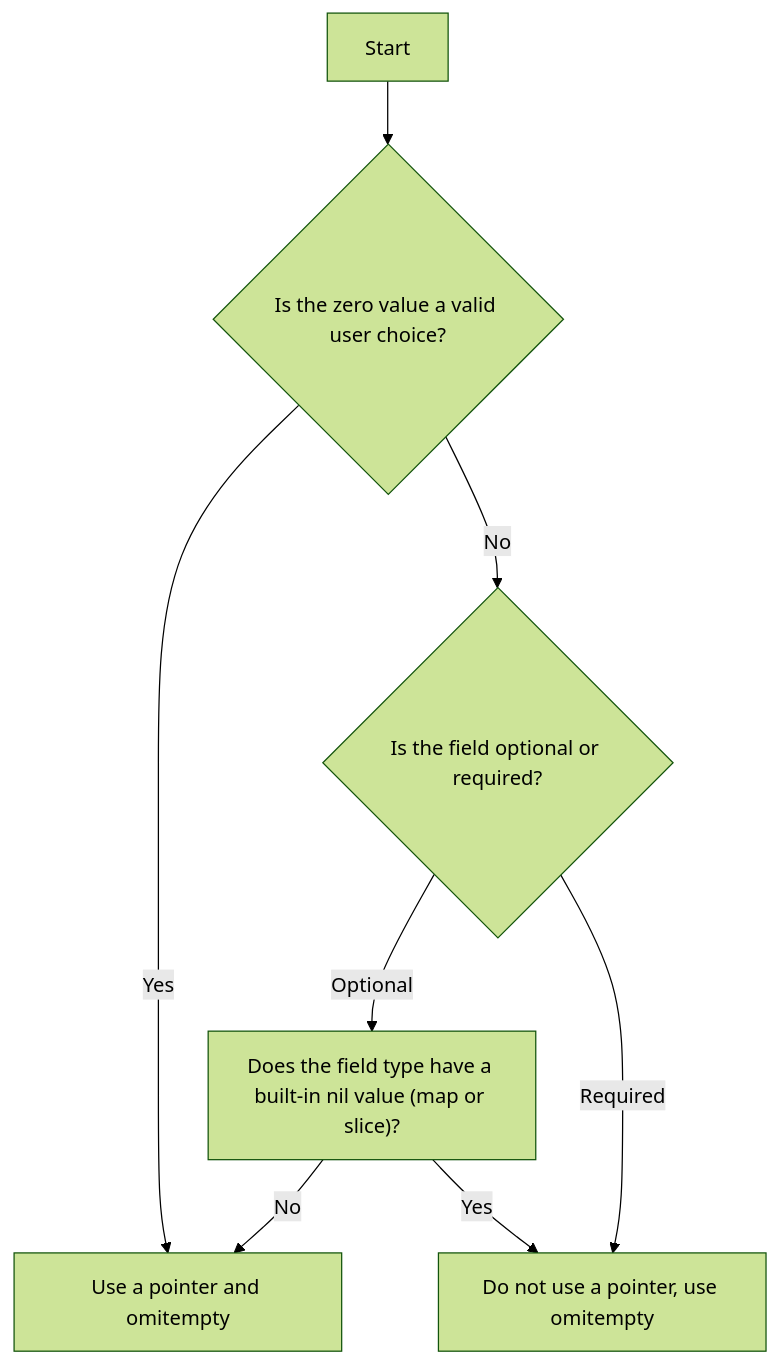
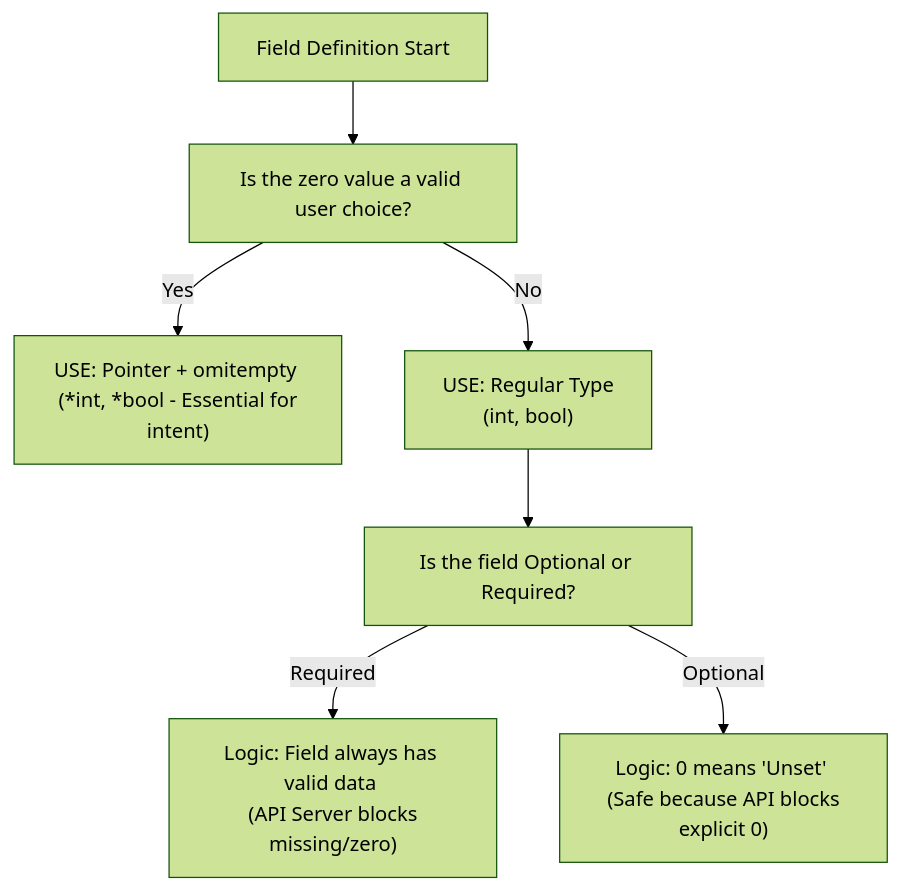
One commit to kubernetes/community changed the second of 2 diagrams in contributors/devel/sig-architecture/api-conventions.md. Above: the diagram before and after it, drawn with Mermaid (forest theme). The commit also changed other lines of this file, not shown here.

Commit message:
distinguish CRD vs built-in pointer guidance in api-conventions

````diff
--- a/contributors/devel/sig-architecture/api-conventions.md
+++ b/contributors/devel/sig-architecture/api-conventions.md
@@ -883,10 +904,10 @@
 ```mermaid
 graph TD;
-    A[Start] --> B{Is the zero value a valid user choice?};
-    B -- Yes --> C[Use a pointer and omitempty];
-    B -- No --> D{Is the field optional or required?};
-    D -- Optional --> E["Does the field type have a built-in nil value (map or slice)?"];
-    E -- Yes --> F[Do not use a pointer, use omitempty];
-    E -- No --> C;
-    D -- Required --> F
+    A[Field Definition Start] --> C[Is the zero value a valid user choice?];
+    C -- Yes --> D["USE: Pointer + omitempty <br/> (*int, *bool - Essential for intent)"];
+    C -- No --> E["USE: Regular Type <br/> (int, bool)"];
+    
+    E --> F[Is the field Optional or Required?];
+    F -- Required --> G["Logic: Field always has valid data <br/> (API Server blocks missing/zero)"];
+    F -- Optional --> H["Logic: 0 means 'Unset' <br/> (Safe because API blocks explicit 0)"];
 ```
````
